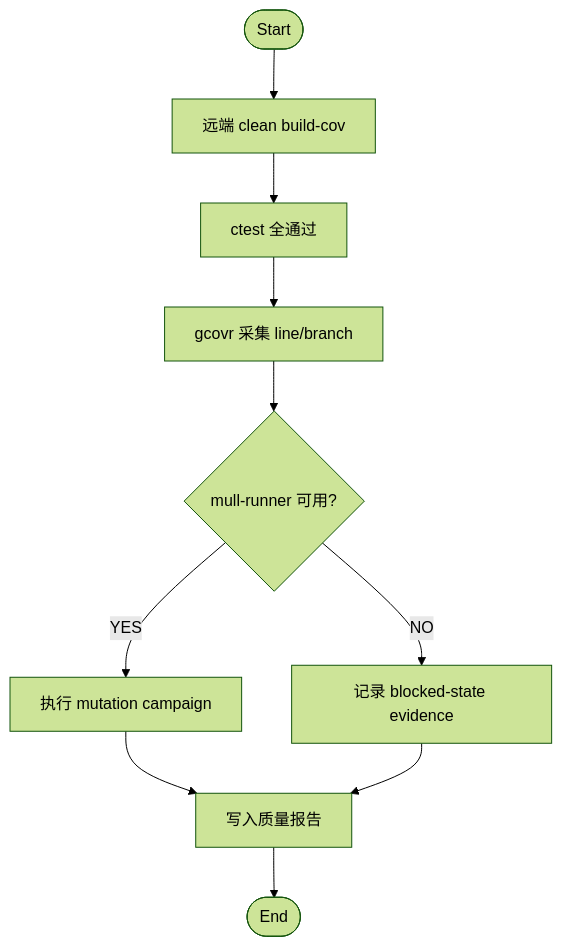
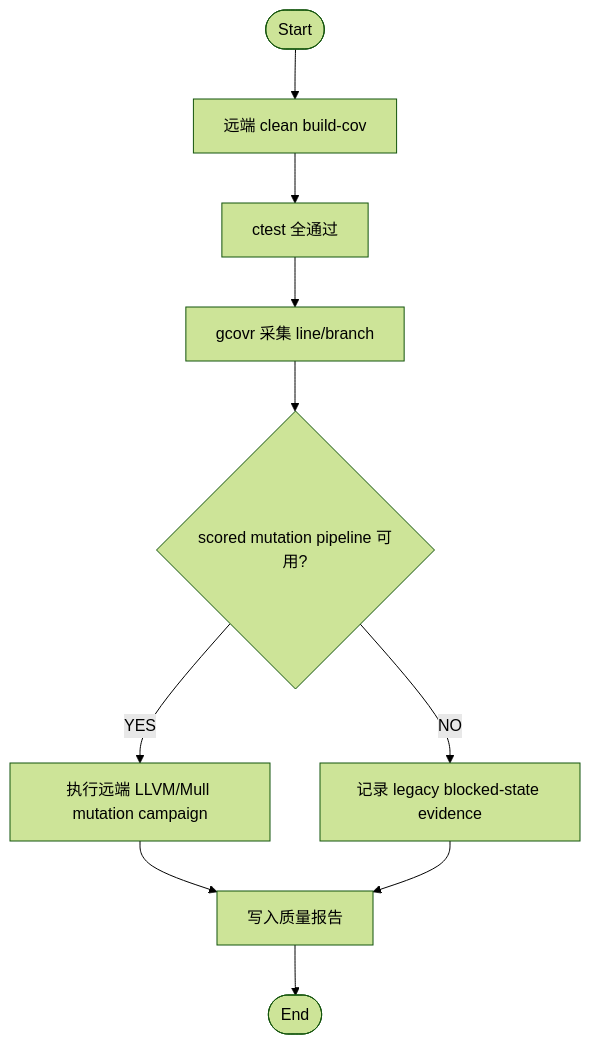
One commit to benwuhua/pipnn changed the eighth of 13 diagrams in docs/plans/2026-03-12-pipnn-poc-design.md. Above: the diagram before and after it, drawn with Mermaid (forest theme). The commit also changed other lines of this file and 2 other files, not shown here.

Commit message:
feat: increment wave 3 for mutation scoring

````diff
--- a/docs/plans/2026-03-12-pipnn-poc-design.md
+++ b/docs/plans/2026-03-12-pipnn-poc-design.md
@@ -209,12 +209,12 @@
 ```mermaid
 flowchart TD
   A([Start]) --> B[远端 clean build-cov]
   B --> C[ctest 全通过]
   C --> D[gcovr 采集 line/branch]
-  D --> E{mull-runner 可用?}
-  E -- YES --> F[执行 mutation campaign]
-  E -- NO --> G[记录 blocked-state evidence]
+  D --> E{scored mutation pipeline 可用?}
+  E -- YES --> F[执行远端 LLVM/Mull mutation campaign]
+  E -- NO --> G[记录 legacy blocked-state evidence]
   F --> H[写入质量报告]
   G --> H
   H --> I([End])
 ```
````
